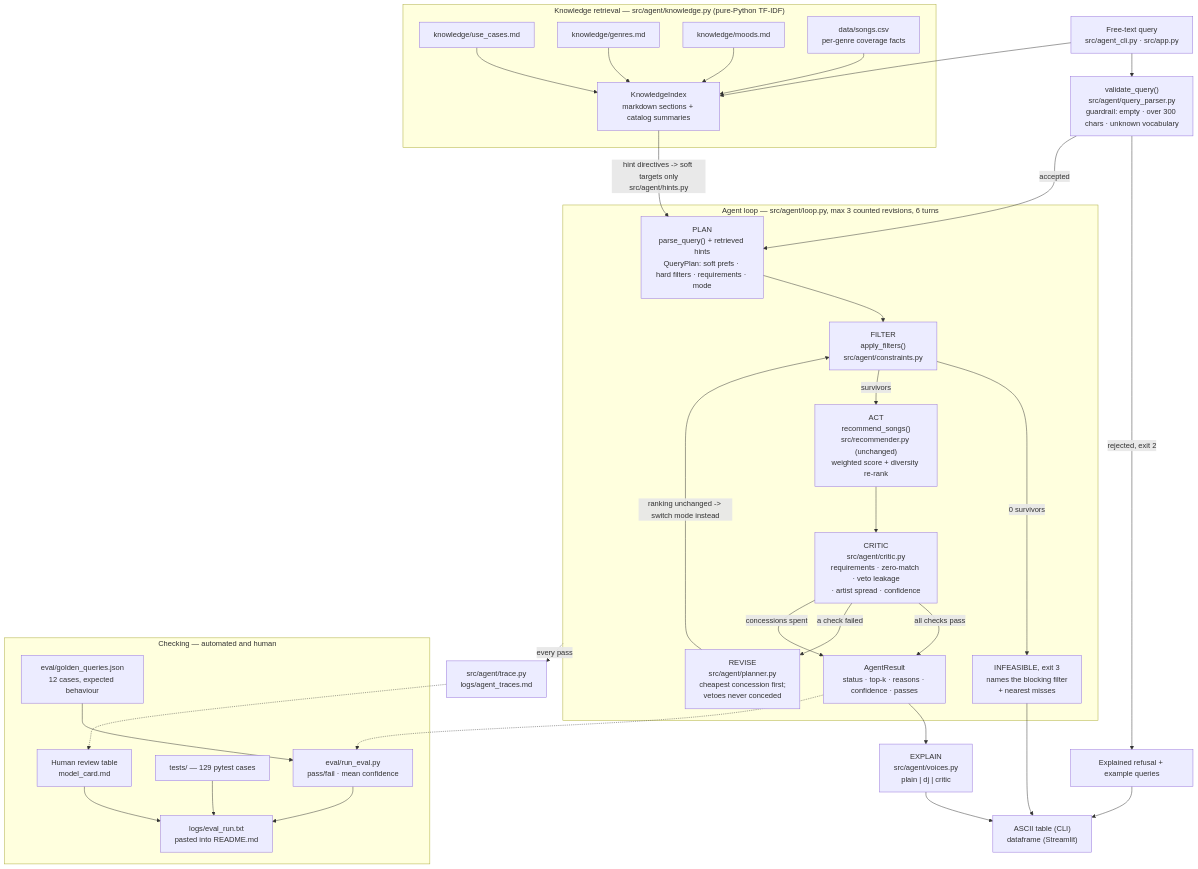
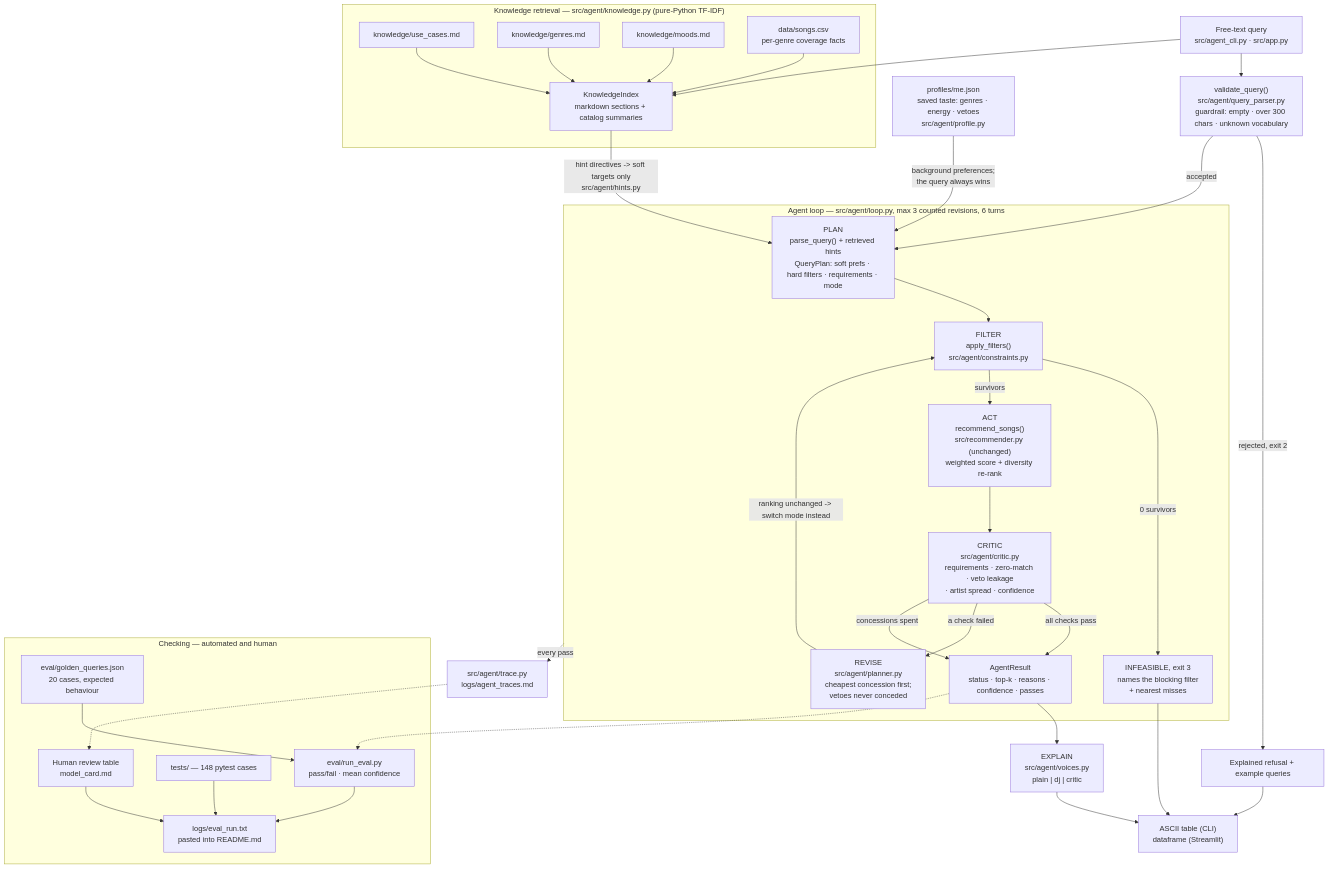
One commit to SakxamShrestha/applied-ai-system-final changed the diagram in diagrams/architecture.mmd. Above: the diagram before and after it, drawn with Mermaid. The commit also changed 17 other files, not shown here.

```diff
--- a/diagrams/architecture.mmd
+++ b/diagrams/architecture.mmd
@@ -1,44 +1,45 @@
 %% Agentic Music Recommender — system architecture
 %% Mermaid source of record. Render with https://mermaid.live or any Mermaid viewer.
 %% Every node maps to a real module; file paths are given in the node labels.
 flowchart TD
     Q["Free-text query<br/>src/agent_cli.py · src/app.py"] --> V["validate_query()<br/>src/agent/query_parser.py<br/>guardrail: empty · over 300 chars · unknown vocabulary"]
     V -->|rejected, exit 2| ERR["Explained refusal + example queries"]
     V -->|accepted| P
 
     subgraph AGENT["Agent loop — src/agent/loop.py, max 3 counted revisions, 6 turns"]
         P["PLAN<br/>parse_query() + retrieved hints<br/>QueryPlan: soft prefs · hard filters · requirements · mode"]
         P --> F["FILTER<br/>apply_filters()<br/>src/agent/constraints.py"]
         F -->|"0 survivors"| INF["INFEASIBLE, exit 3<br/>names the blocking filter<br/>+ nearest misses"]
         F -->|"survivors"| A["ACT<br/>recommend_songs()<br/>src/recommender.py (unchanged)<br/>weighted score + diversity re-rank"]
         A --> C["CRITIC<br/>src/agent/critic.py<br/>requirements · zero-match · veto leakage<br/>· artist spread · confidence"]
         C -->|"all checks pass"| OUT
         C -->|"a check failed"| R["REVISE<br/>src/agent/planner.py<br/>cheapest concession first;<br/>vetoes never conceded"]
         R -->|"ranking unchanged -> switch mode instead"| F
         C -->|"concessions spent"| OUT
     end
 
     subgraph RAG["Knowledge retrieval — src/agent/knowledge.py (pure-Python TF-IDF)"]
         K1["knowledge/use_cases.md"] --> IDX["KnowledgeIndex<br/>markdown sections + catalog summaries"]
         K2["knowledge/genres.md"] --> IDX
         K3["knowledge/moods.md"] --> IDX
         K4["data/songs.csv<br/>per-genre coverage facts"] --> IDX
     end
     Q --> IDX
     IDX -->|"hint directives -> soft targets only<br/>src/agent/hints.py"| P
+    PROF["profiles/me.json<br/>saved taste: genres · energy · vetoes<br/>src/agent/profile.py"] -->|"background preferences;<br/>the query always wins"| P
 
     OUT["AgentResult<br/>status · top-k · reasons · confidence · passes"] --> VOICE["EXPLAIN<br/>src/agent/voices.py<br/>plain | dj | critic"]
     VOICE --> UI["ASCII table (CLI)<br/>dataframe (Streamlit)"]
     INF --> UI
     ERR --> UI
 
     AGENT -.->|"every pass"| TR["src/agent/trace.py<br/>logs/agent_traces.md"]
 
     subgraph EVAL["Checking — automated and human"]
-        GS["eval/golden_queries.json<br/>12 cases, expected behaviour"] --> H["eval/run_eval.py<br/>pass/fail · mean confidence"]
+        GS["eval/golden_queries.json<br/>20 cases, expected behaviour"] --> H["eval/run_eval.py<br/>pass/fail · mean confidence"]
         H --> REP["logs/eval_run.txt<br/>pasted into README.md"]
-        TESTS["tests/ — 129 pytest cases"] --> REP
+        TESTS["tests/ — 148 pytest cases"] --> REP
         HUM["Human review table<br/>model_card.md"] --> REP
     end
     OUT -.-> H
     TR -.-> HUM
```
